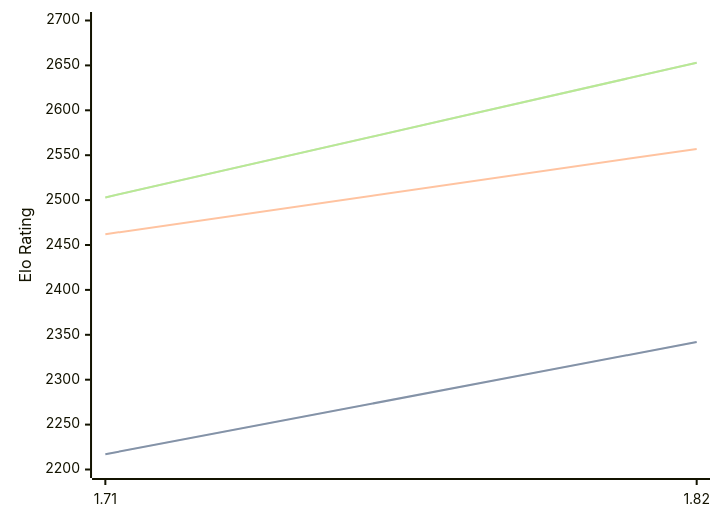
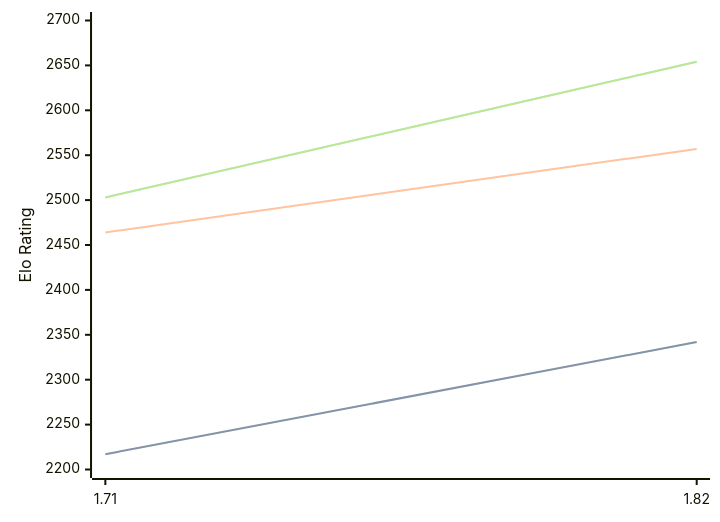
One commit to computer-chess-index/cci changed the diagram in engines/Amira.md. Above: the diagram before and after it, drawn with Mermaid. The commit also changed other lines of this file, not shown here.

Commit message:
Update CCI Ratings (ELO VLTC) - 2026-03-26

````diff
--- a/engines/Amira.md
+++ b/engines/Amira.md
@@ -35,11 +35,11 @@
 ```mermaid
 %%{init: {"theme":"base","themeVariables":{"seriesColors:['#a3a3a3','#222221','#faa371']}}}%%
 xychart-beta
   x-axis ["1.71", "1.82"]
   y-axis "Elo Rating" 2200 --> 2700
   line "STC (8.0+0.08s)" [2217, 2342]
   line "STC (8.0+0.08s)" [2217, 2342]
-  line "LTC (60.0+0.60s)" [2462, 2557]
-  line "VLTC (2m24s+1.12s)" [2503, 2653]
-  line "VLTC (2m24s+1.12s)" [2503, 2653]
+  line "LTC (60.0+0.60s)" [2464, 2557]
+  line "VLTC (2m24s+1.12s)" [2503, 2654]
+  line "VLTC (2m24s+1.12s)" [2503, 2654]
 ```
````
